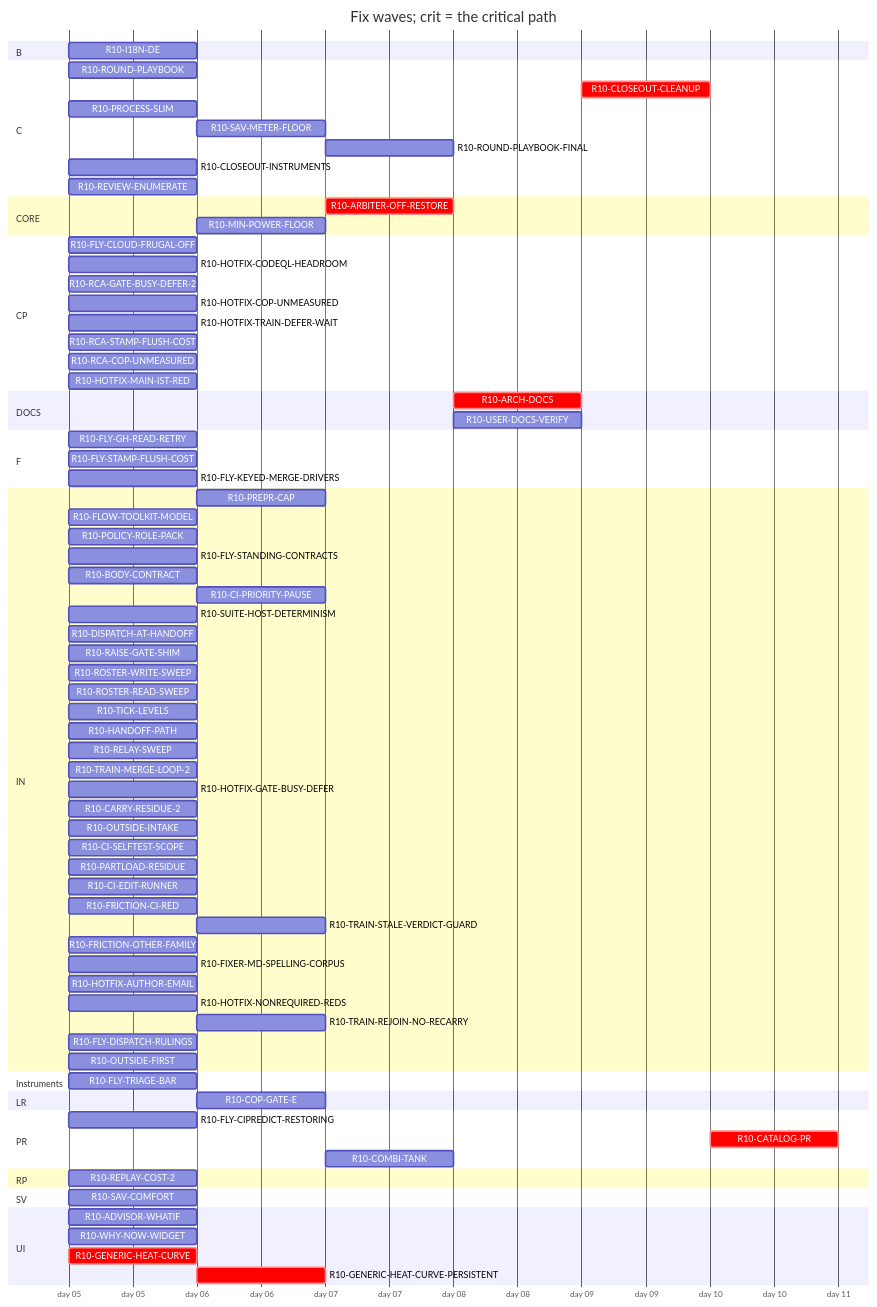
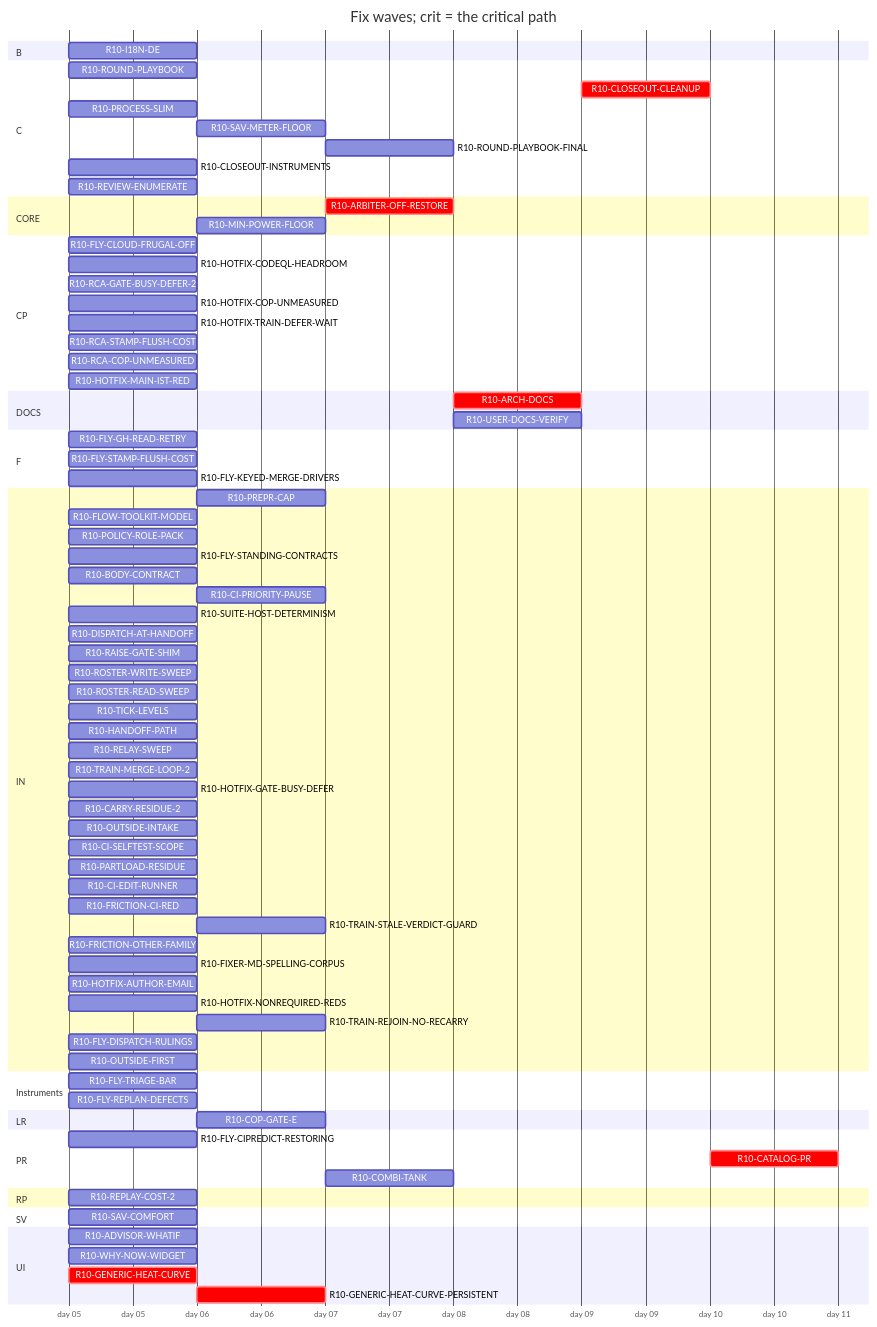
One commit to tvofi/heatpump_optimizer changed the diagram in handoff/round10/state/PLAN-TABLE.md. Above: the diagram before and after it, drawn with Mermaid. The commit also changed other lines of this file and 4 other files, not shown here.

Commit message:
state: FLOW-BOARD.md, NEXT-SESSION-PROMPT.md, PLAN-TABLE.md, PLAN.html, RESUME-CURRENT.md regenerated (state_docs.py)

```diff
--- a/handoff/round10/state/PLAN-TABLE.md
+++ b/handoff/round10/state/PLAN-TABLE.md
@@ -90,6 +90,7 @@
     R10-OUTSIDE-FIRST :r10OUTSIDEFIRST, 2026-01-05, 1d
   section Instruments
     R10-FLY-TRIAGE-BAR :r10FLYTRIAGEBAR, 2026-01-05, 1d
+    R10-FLY-REPLAN-DEFECTS :r10FLYREPLANDEFECTS, 2026-01-05, 1d
   section LR
     R10-COP-GATE-E :r10COPGATEE, after r10HOTFIXCOPUNMEASURED, 1d
   section PR
```
